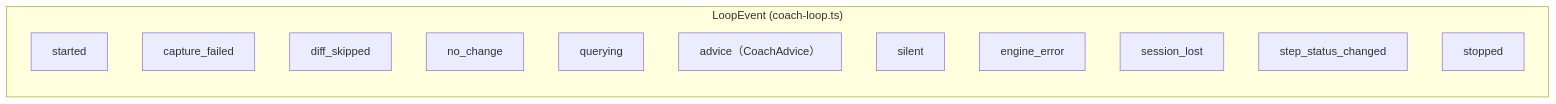
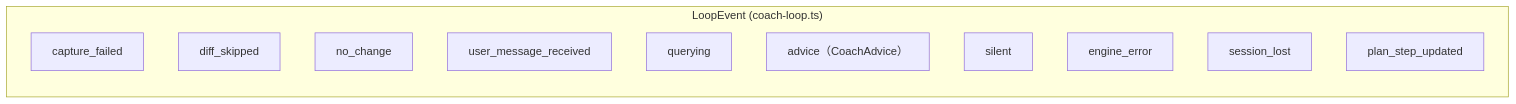
The second of 5 diagrams in packages/core/docs/reading-guide.md (yukaorange/dcc_suport), drawn with Mermaid before and after one commit. The commit also changed other lines of this file and 13 other files, not shown here.

Commit message:
feat(client): Implement session list and detail pages with plan step status updates

````diff
--- a/packages/core/docs/reading-guide.md
+++ b/packages/core/docs/reading-guide.md
@@ -64,16 +73,15 @@
 ```mermaid
 graph LR
     subgraph "LoopEvent (coach-loop.ts)"
-        started
         capture_failed
         diff_skipped
         no_change
+        user_message_received
         querying
         advice["advice（CoachAdvice）"]
         silent
         engine_error
         session_lost
-        step_status_changed
-        stopped
+        plan_step_updated
     end
 ```
````
